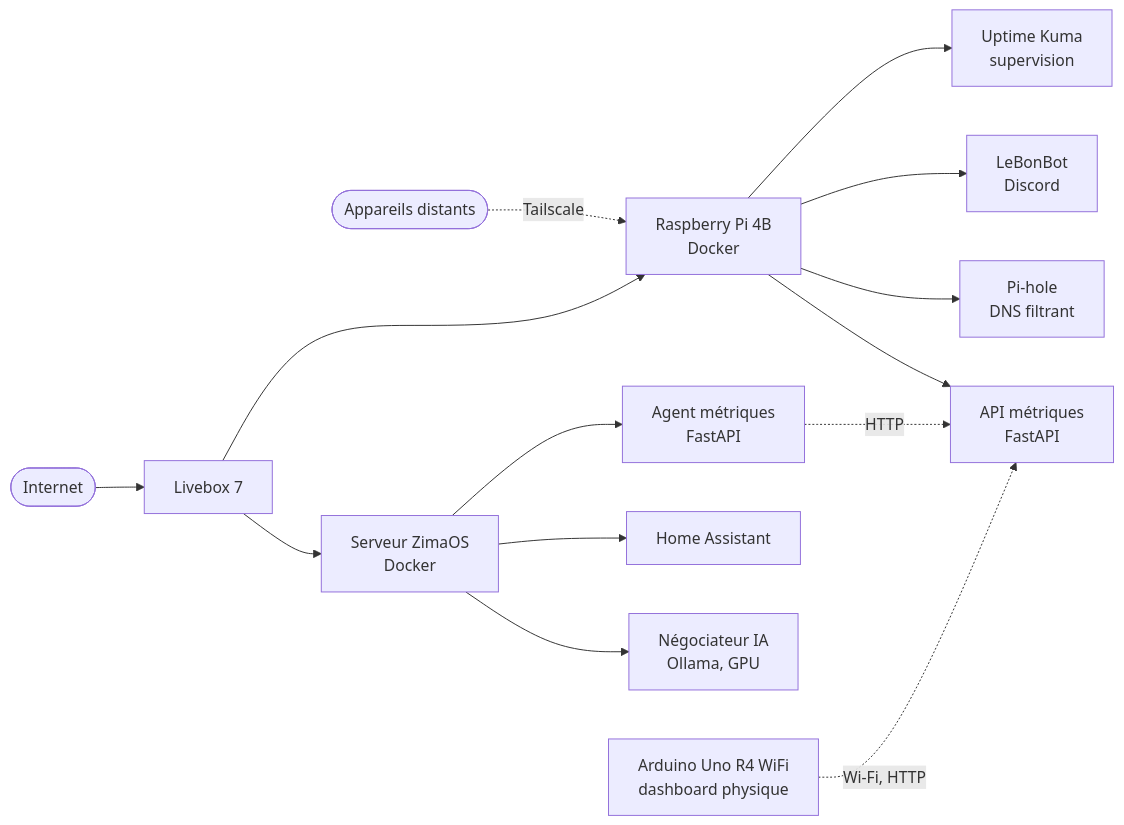
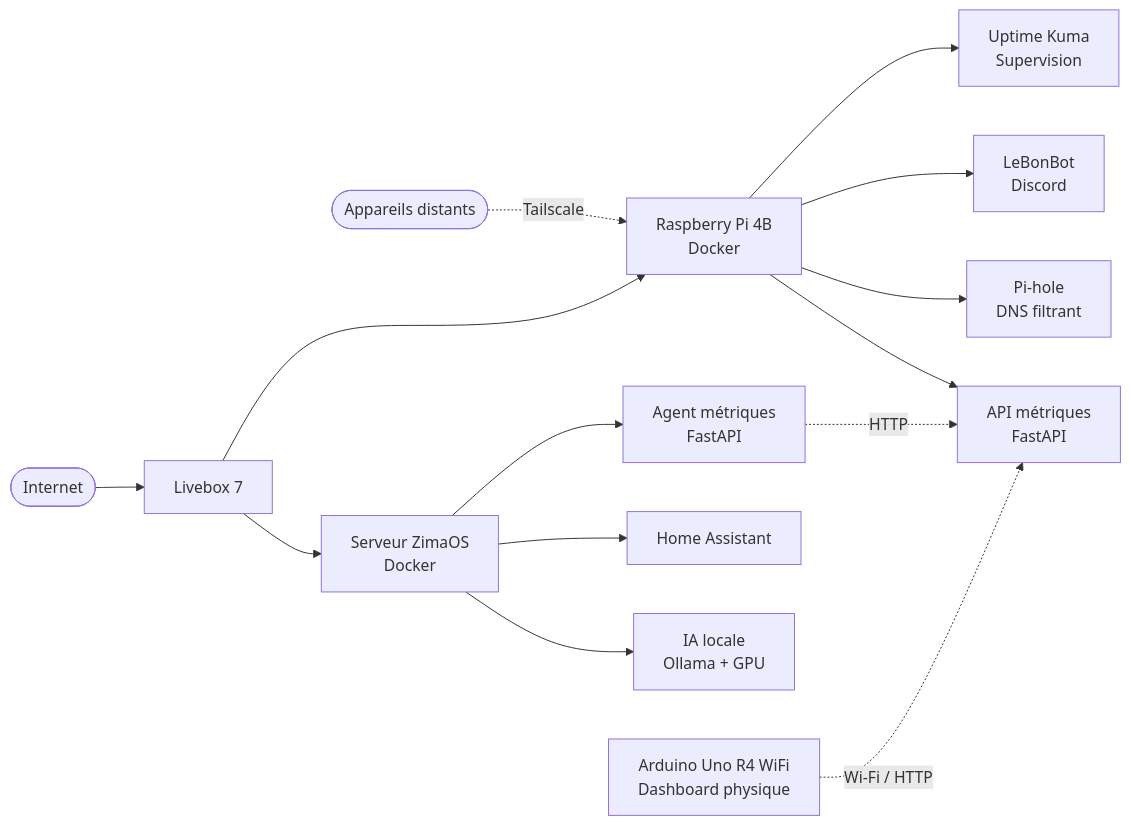
Before and after one commit to InfoZen-git/InfoZen-git: the diagram in README.md, drawn with Mermaid. The commit also changed other lines of this file, not shown here.

````diff
--- a/README.md
+++ b/README.md
@@ -37,20 +54,20 @@
 ```mermaid
 flowchart LR
     NET([Internet]) --> LB[Livebox 7]
     REMOTE([Appareils distants]) -. Tailscale .-> RPI
 
     LB --> ZIMA["Serveur ZimaOS<br/>Docker"]
     LB --> RPI["Raspberry Pi 4B<br/>Docker"]
 
-    ZIMA --> IA["Négociateur IA<br/>Ollama, GPU"]
+    ZIMA --> IA["IA locale<br/>Ollama + GPU"]
     ZIMA --> HA["Home Assistant"]
     ZIMA --> AGENT["Agent métriques<br/>FastAPI"]
 
     RPI --> API["API métriques<br/>FastAPI"]
     RPI --> HOLE["Pi-hole<br/>DNS filtrant"]
     RPI --> BOT["LeBonBot<br/>Discord"]
-    RPI --> KUMA["Uptime Kuma<br/>supervision"]
+    RPI --> KUMA["Uptime Kuma<br/>Supervision"]
 
     AGENT -. HTTP .-> API
-    ARD["Arduino Uno R4 WiFi<br/>dashboard physique"] -. Wi-Fi, HTTP .-> API
+    ARD["Arduino Uno R4 WiFi<br/>Dashboard physique"] -. Wi-Fi / HTTP .-> API
 ```
````
